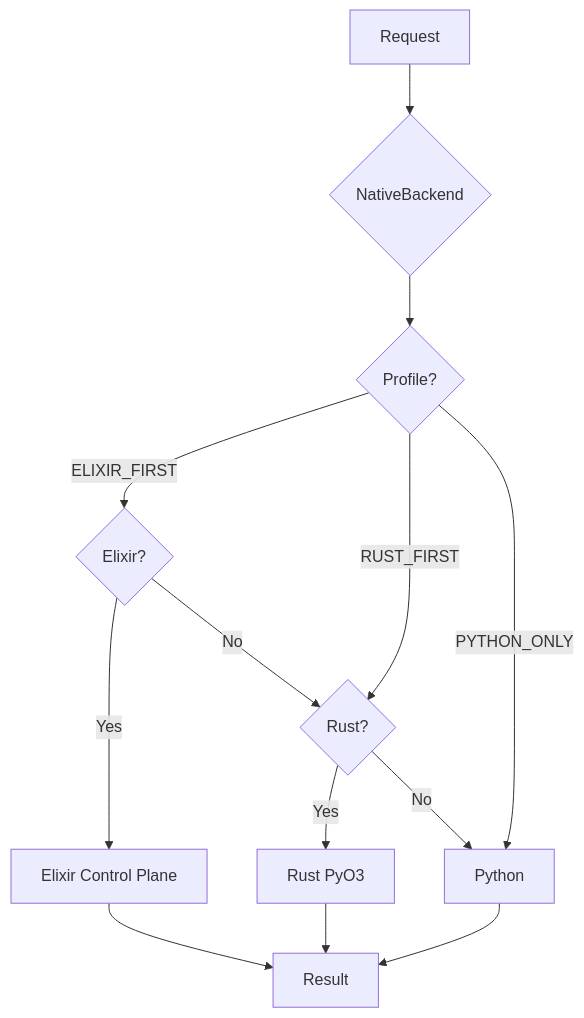
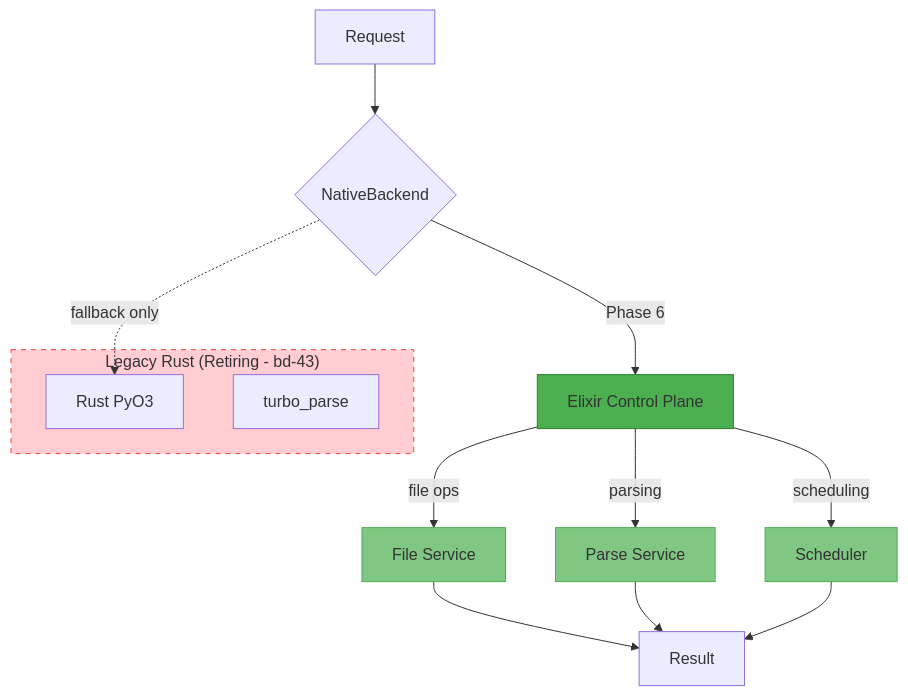
Before and after one commit to asx8678/code_puppy: the sixth of 7 diagrams in architecture_mermaid.md, drawn with Mermaid. The commit also changed other lines of this file and 3 other files, not shown here.

First line of the commit message:
bd-82: Refresh architecture docs for Elixir-only end state

````diff
--- a/architecture_mermaid.md
+++ b/architecture_mermaid.md
@@ -242,15 +248,24 @@
 ```mermaid
 flowchart TD
     Req[Request] --> NB{NativeBackend}
-    NB --> Pref{Profile?}
-    Pref -->|ELIXIR_FIRST| El{Elixir?}
-    Pref -->|RUST_FIRST| Rs{Rust?}
-    Pref -->|PYTHON_ONLY| Py[Python]
-    El -->|Yes| ECP[Elixir Control Plane]
-    El -->|No| Rs
-    Rs -->|Yes| Rust[Rust PyO3]
-    Rs -->|No| Py
-    ECP --> Result[Result]
-    Rust --> Result
-    Py --> Result
+    NB -->|Phase 6| ECP[Elixir Control Plane]
+    ECP -->|file ops| FileSvc[File Service]
+    ECP -->|parsing| ParseSvc[Parse Service]
+    ECP -->|scheduling| SchedSvc[Scheduler]
+    
+    subgraph Legacy["Legacy Rust (Retiring - bd-43)"]
+        Rs[Rust PyO3]
+        TP[turbo_parse]
+    end
+    
+    NB -.->|fallback only| Rs
+    FileSvc --> Result[Result]
+    ParseSvc --> Result
+    SchedSvc --> Result
+    
+    style ECP fill:#4CAF50,stroke:#2E7D32
+    style FileSvc fill:#81C784,stroke:#4CAF50
+    style ParseSvc fill:#81C784,stroke:#4CAF50
+    style SchedSvc fill:#81C784,stroke:#4CAF50
+    style Legacy fill:#FFCDD2,stroke:#F44336,stroke-dasharray: 5 5
 ```
````
